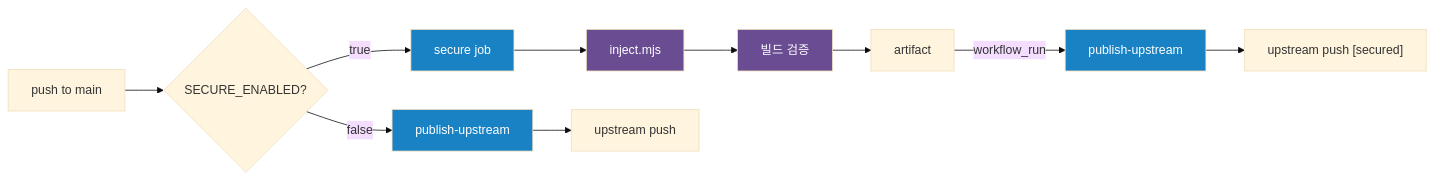
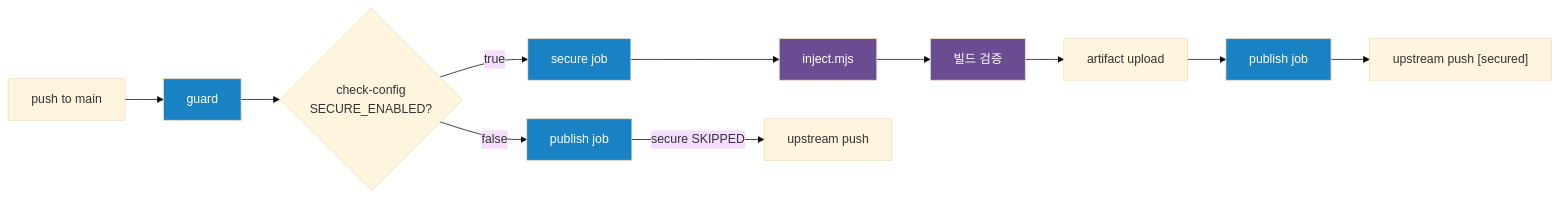
Before and after one commit to Coflanet/Coflanet-Test: the first of 2 diagrams in .vibecraft/vibecraft-secure/README.md, drawn with Mermaid (base theme). The commit also changed other lines of this file and 1 other file, not shown here.

Commit message:
chore: update vibecraft files from upstream
    Automated deployment from VibeCraft2204/vibecraft.ignore

````diff
--- a/.vibecraft/vibecraft-secure/README.md
+++ b/.vibecraft/vibecraft-secure/README.md
@@ -36,20 +36,22 @@
 ```mermaid
 flowchart LR
-    A["push to main"] --> B{"SECURE_ENABLED?"}
+    A["push to main"] --> G["guard"]
+    G --> B{"check-config<br/>SECURE_ENABLED?"}
 
     B -- "true" --> C["secure job"]
     C --> D["inject.mjs"]
     D --> E["빌드 검증"]
-    E --> F["artifact"]
-    F -->|"workflow_run"| G["publish-upstream"]
-    G --> H["upstream push [secured]"]
+    E --> F["artifact upload"]
+    F --> P1["publish job"]
+    P1 --> H["upstream push [secured]"]
 
-    B -- "false" --> I["publish-upstream"]
-    I --> J["upstream push"]
+    B -- "false" --> P2["publish job"]
+    P2 -->|"secure SKIPPED"| J["upstream push"]
 
+    style G fill:#1982c4,color:#fff
     style C fill:#1982c4,color:#fff
-    style G fill:#1982c4,color:#fff
-    style I fill:#1982c4,color:#fff
+    style P1 fill:#1982c4,color:#fff
+    style P2 fill:#1982c4,color:#fff
     style D fill:#6a4c93,color:#fff
     style E fill:#6a4c93,color:#fff
 ```
````
